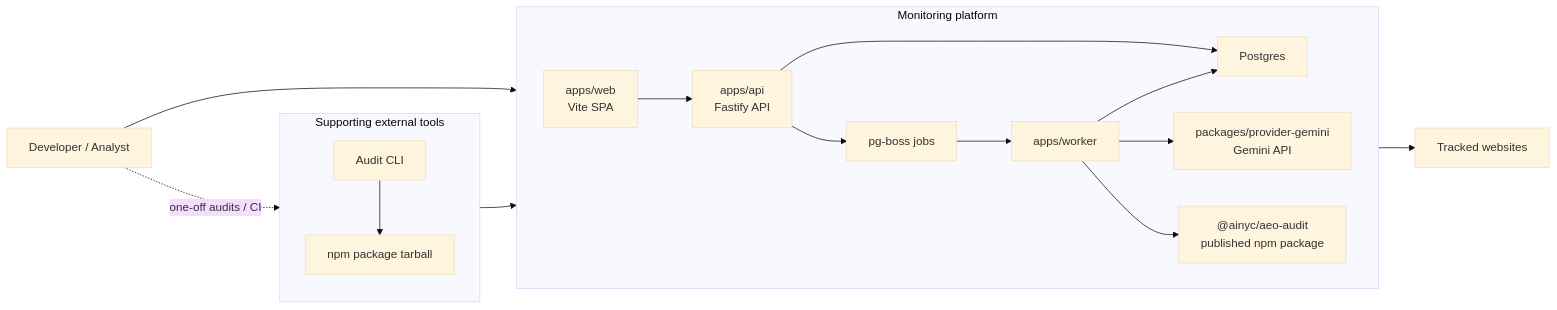
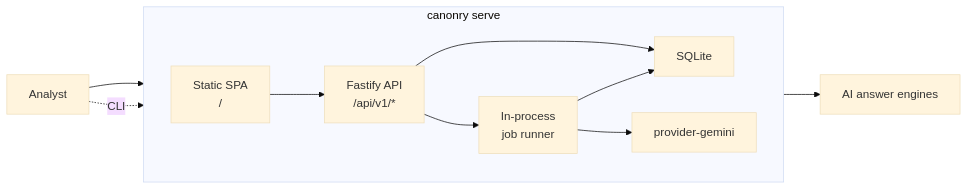
One commit to Canonry/canonry changed the diagram in docs/architecture.md. Above: the diagram before and after it, drawn with Mermaid (base theme). The commit also changed other lines of this file and 18 other files, not shown here.

````diff
--- a/docs/architecture.md
+++ b/docs/architecture.md
@@ -11,31 +11,18 @@
 ```mermaid
 flowchart LR
-  User["Developer / Analyst"]
-  Target["Tracked websites"]
-  DB["Postgres"]
-  Gemini["packages/provider-gemini\nGemini API"]
-  AuditPkg["@ainyc/aeo-audit\npublished npm package"]
+  User["Analyst"]
+  Target["AI answer engines"]
 
-  subgraph Platform["Monitoring platform"]
+  subgraph Process["canonry serve"]
     direction LR
-    Web["apps/web\nVite SPA"] --> API["apps/api\nFastify API"]
-    API --> Queue["pg-boss jobs"]
-    API --> DB
-    Queue --> Worker["apps/worker"]
-    Worker --> Gemini
-    Worker --> AuditPkg
-    Worker --> DB
+    SPA["Static SPA\n/"] --> API["Fastify API\n/api/v1/*"]
+    API --> JobRunner["In-process\njob runner"]
+    API --> SQLite["SQLite"]
+    JobRunner --> Gemini["provider-gemini"]
+    JobRunner --> SQLite
   end
 
-  subgraph ExternalTools["Supporting external tools"]
-    direction TB
-    CLI["Audit CLI"]
-    Npm["npm package tarball"]
-    CLI --> Npm
-    Npm --> AuditPkg
-  end
-
-  User --> Web
-  User -. one-off audits / CI .-> CLI
-  AuditPkg --> Target
+  User --> SPA
+  User -. CLI .-> API
+  Gemini --> Target
 ```
````
